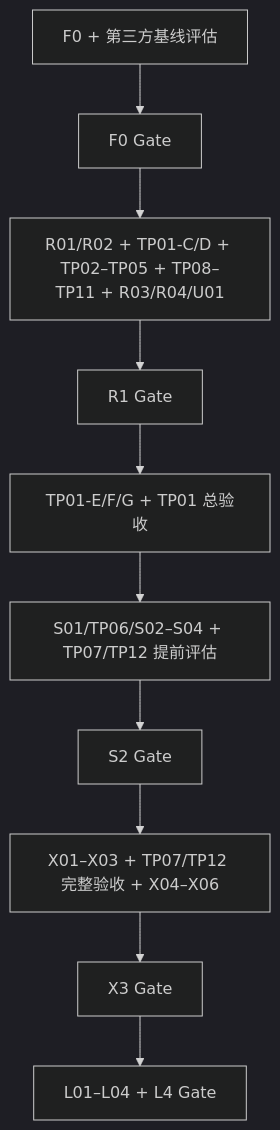
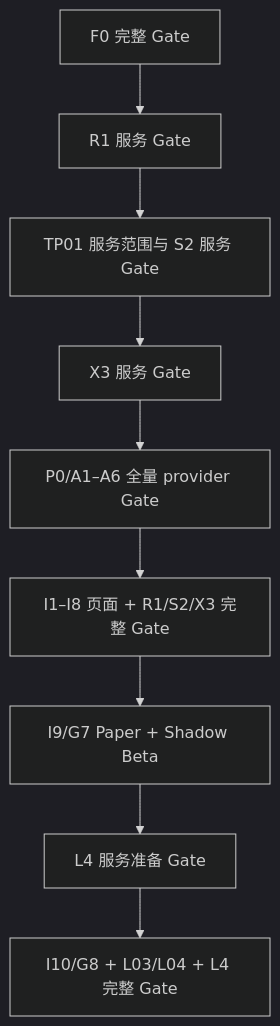
One commit to SumAlphaAI/QuantOS changed the diagram in docs/SumAlpha-QuantOS-Development-Plan.md. Above: the diagram before and after it, drawn with Mermaid (dark theme). The commit also changed other lines of this file and 15 other files, not shown here.

````diff
--- a/docs/SumAlpha-QuantOS-Development-Plan.md
+++ b/docs/SumAlpha-QuantOS-Development-Plan.md
@@ -186,12 +198,11 @@
 ```mermaid
 flowchart TD
-  F["F0 + 第三方基线评估"] --> FG["F0 Gate"]
-  FG --> R["R01/R02 + TP01-C/D + TP02–TP05 + TP08–TP11 + R03/R04/U01"]
-  R --> RG["R1 Gate"]
-  RG --> V["TP01-E/F/G + TP01 总验收"]
-  V --> S["S01/TP06/S02–S04 + TP07/TP12 提前评估"]
-  S --> SG["S2 Gate"]
-  SG --> X["X01–X03 + TP07/TP12 完整验收 + X04–X06"]
-  X --> XG["X3 Gate"]
-  XG --> L["L01–L04 + L4 Gate"]
+  F["F0 完整 Gate"] --> R["R1 服务 Gate"]
+  R --> T["TP01 服务范围与 S2 服务 Gate"]
+  T --> X["X3 服务 Gate"]
+  X --> A["P0/A1–A6 全量 provider Gate"]
+  A --> U["I1–I8 页面 + R1/S2/X3 完整 Gate"]
+  U --> B["I9/G7 Paper + Shadow Beta"]
+  B --> L["L4 服务准备 Gate"]
+  L --> M["I10/G8 + L03/L04 + L4 完整 Gate"]
 ```
````
